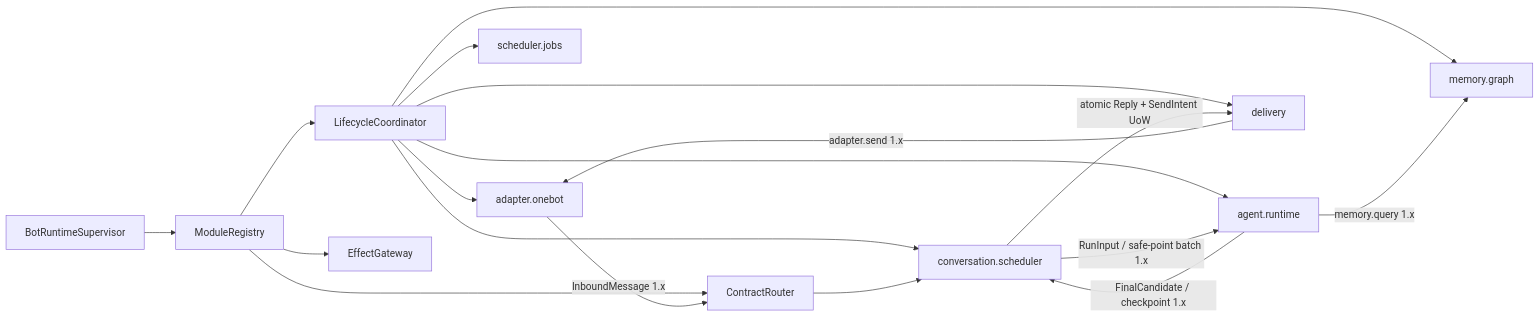
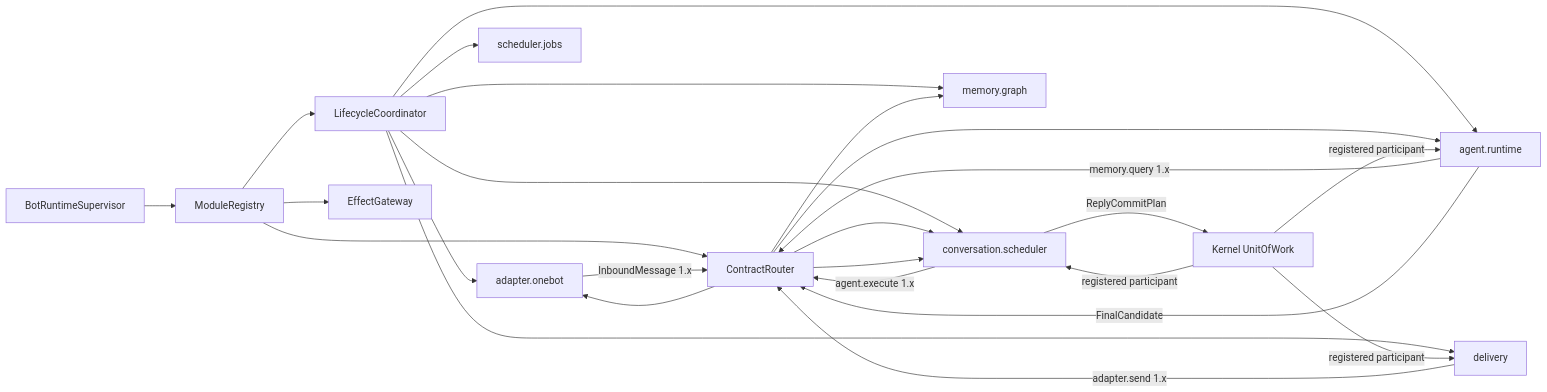
One commit to sjrsjz/forest changed the diagram in doc/13-microkernel-control-plane-redesign.md. Above: the diagram before and after it, drawn with Mermaid. The commit also changed other lines of this file and 3 other files, not shown here.

````diff
--- a/doc/13-microkernel-control-plane-redesign.md
+++ b/doc/13-microkernel-control-plane-redesign.md
@@ -32,20 +32,27 @@
 ```mermaid
 flowchart LR
   BS[BotRuntimeSupervisor] --> RG[ModuleRegistry]
   RG --> LC[LifecycleCoordinator]
   RG --> CR[ContractRouter]
   RG --> EG[EffectGateway]
   LC --> A[adapter.onebot]
   LC --> Q[conversation.scheduler]
   LC --> G[agent.runtime]
   LC --> M[memory.graph]
   LC --> D[delivery]
   LC --> J[scheduler.jobs]
   A -->|InboundMessage 1.x| CR
   CR --> Q
-  Q -->|RunInput / safe-point batch 1.x| G
-  G -->|memory.query 1.x| M
-  G -->|FinalCandidate / checkpoint 1.x| Q
-  Q -->|atomic Reply + SendIntent UoW| D
-  D -->|adapter.send 1.x| A
+  Q -->|agent.execute 1.x| CR
+  CR --> G
+  G -->|memory.query 1.x| CR
+  CR --> M
+  G -->|FinalCandidate| CR
+  CR --> Q
+  Q -->|ReplyCommitPlan| UOW[Kernel UnitOfWork]
+  UOW -->|registered participant| G
+  UOW -->|registered participant| Q
+  UOW -->|registered participant| D
+  D -->|adapter.send 1.x| CR
+  CR --> A
 ```
````
